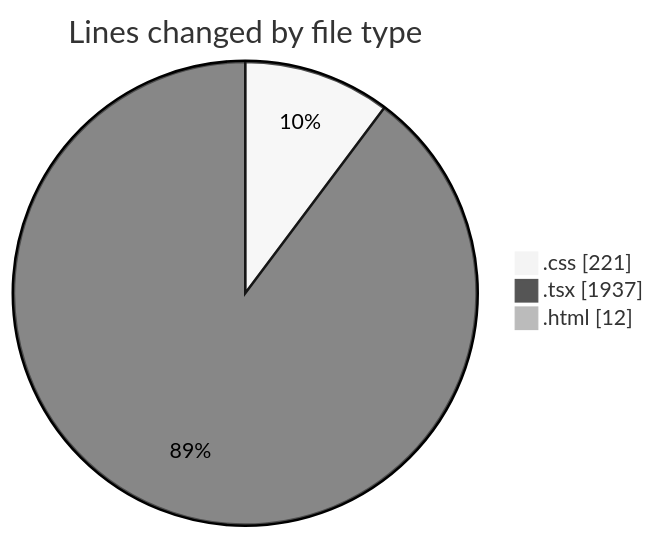
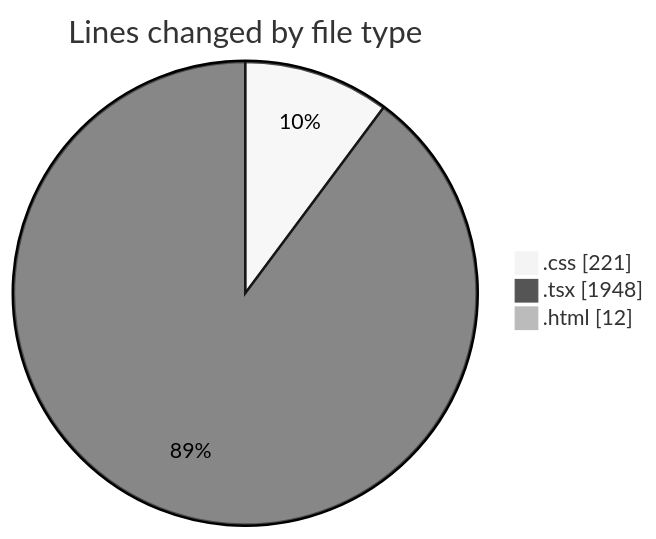
One commit to Elitesun/code-tracking changed the first of 2 diagrams in 2025-03-29/binarysec/README.md. Above: the diagram before and after it, drawn with Mermaid (neutral theme). The commit also changed other lines of this file and 1 other file, not shown here.

````diff
--- a/2025-03-29/binarysec/README.md
+++ b/2025-03-29/binarysec/README.md
@@ -32,7 +32,7 @@
 ```mermaid
 pie showData
 title Lines changed by file type
 ".css" : 221
-".tsx" : 1937
+".tsx" : 1948
 ".html" : 12
 ```
````
